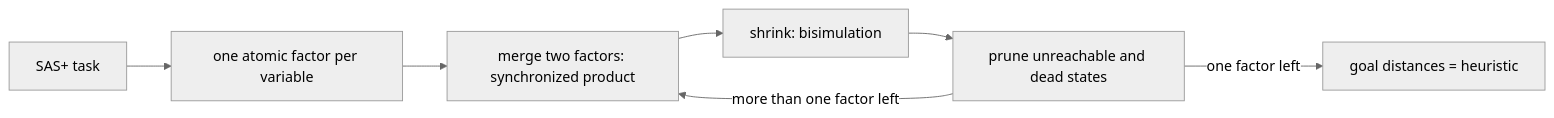
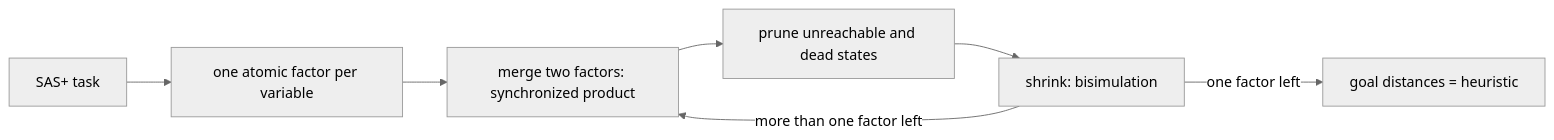
The diagram in README.md (sunsided/merge-and-shrink), drawn with Mermaid (neutral theme) before and after one commit. The commit also changed other lines of this file and 1 other file, not shown here.

Commit message:
Prune each product before shrinking it
Shrinking ran on the full product, and pruning then dropped the dead and
unreachable states. On gripper-4, 670 of the 1354 states bisimulation
refined were such states. Pruning first keeps them out of shrinking.
Bisimulation only merges live states into live classes, so nothing is
left to prune afterwards.

````diff
--- a/README.md
+++ b/README.md
@@ -21,9 +21,9 @@
 ```mermaid
 flowchart LR
   task[SAS+ task] --> atomic[one atomic factor per variable]
   atomic --> merge[merge two factors: synchronized product]
-  merge --> shrink[shrink: bisimulation]
-  shrink --> prune[prune unreachable and dead states]
-  prune -->|more than one factor left| merge
-  prune -->|one factor left| h[goal distances = heuristic]
+  merge --> prune[prune unreachable and dead states]
+  prune --> shrink[shrink: bisimulation]
+  shrink -->|more than one factor left| merge
+  shrink -->|one factor left| h[goal distances = heuristic]
 ```
````
